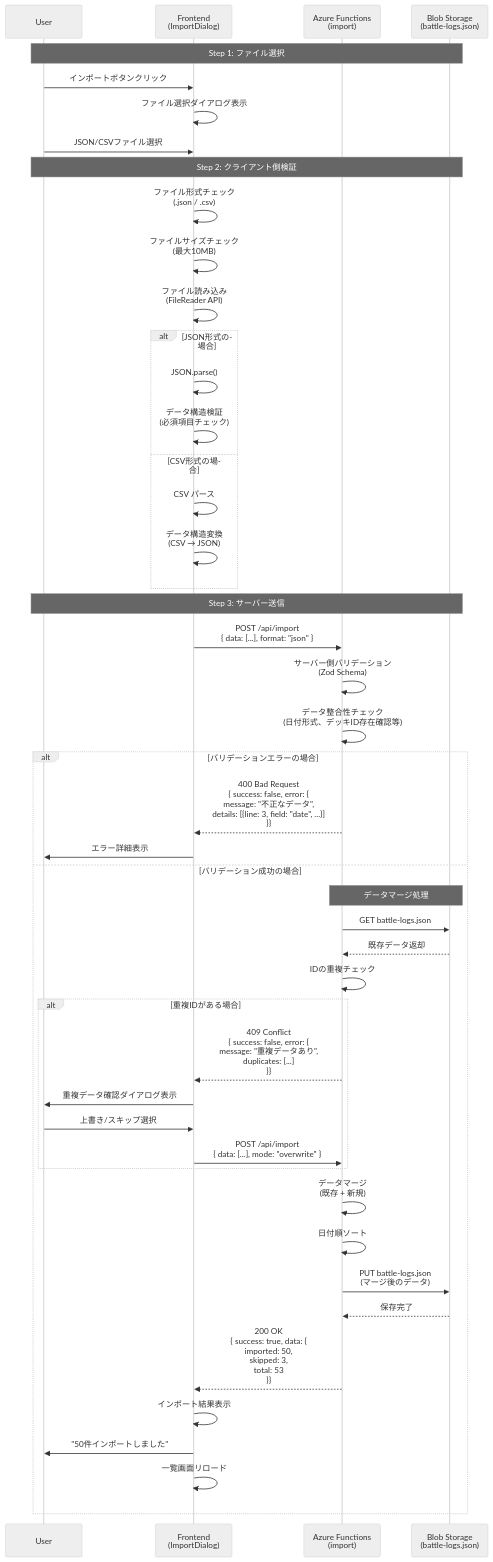
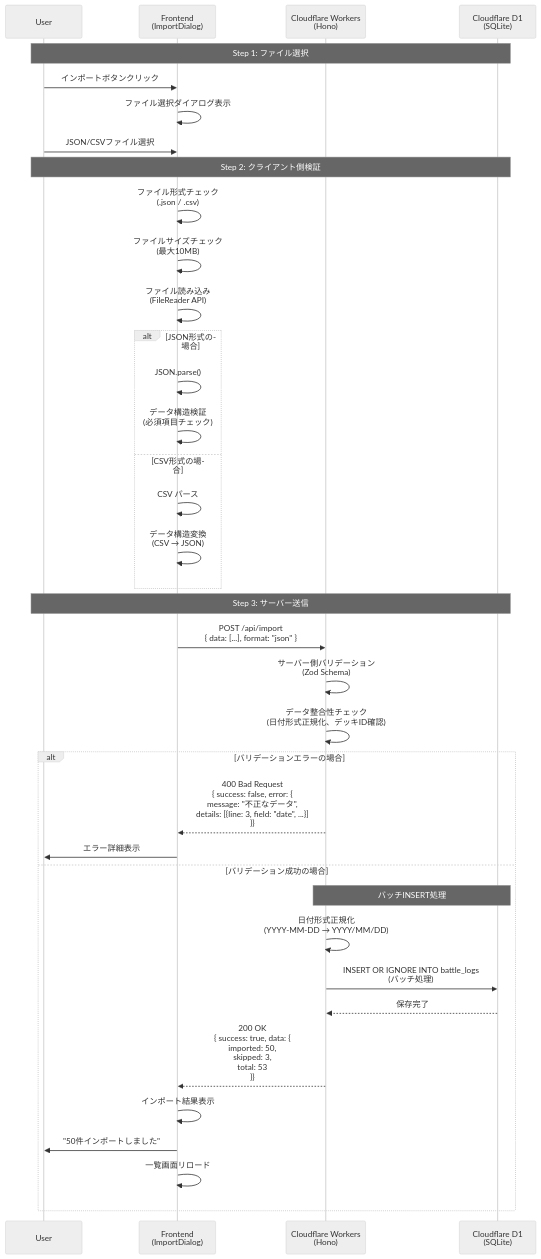
Before and after one commit to yaguma/shadowverse_log: the fifth of 9 diagrams in docs/design/shadowverse-battle-log/dataflow.md, drawn with Mermaid (neutral theme). The commit also changed other lines of this file and 6 other files, not shown here.

````diff
--- a/docs/design/shadowverse-battle-log/dataflow.md
+++ b/docs/design/shadowverse-battle-log/dataflow.md
@@ -198,59 +185,47 @@
 ```mermaid
 sequenceDiagram
     participant U as User
     participant F as Frontend<br/>(ImportDialog)
-    participant AF as Azure Functions<br/>(import)
-    participant BS as Blob Storage<br/>(battle-logs.json)
+    participant CW as Cloudflare Workers<br/>(Hono)
+    participant D1 as Cloudflare D1<br/>(SQLite)
 
-    Note over U,BS: Step 1: ファイル選択
+    Note over U,D1: Step 1: ファイル選択
     U->>F: インポートボタンクリック
     F->>F: ファイル選択ダイアログ表示
     U->>F: JSON/CSVファイル選択
 
-    Note over U,BS: Step 2: クライアント側検証
+    Note over U,D1: Step 2: クライアント側検証
     F->>F: ファイル形式チェック<br/>(.json / .csv)
     F->>F: ファイルサイズチェック<br/>(最大10MB)
     F->>F: ファイル読み込み<br/>(FileReader API)
 
     alt JSON形式の場合
         F->>F: JSON.parse()
         F->>F: データ構造検証<br/>(必須項目チェック)
     else CSV形式の場合
         F->>F: CSV パース
         F->>F: データ構造変換<br/>(CSV → JSON)
     end
 
-    Note over U,BS: Step 3: サーバー送信
-    F->>AF: POST /api/import<br/>{ data: [...], format: "json" }
+    Note over U,D1: Step 3: サーバー送信
+    F->>CW: POST /api/import<br/>{ data: [...], format: "json" }
 
-    AF->>AF: サーバー側バリデーション<br/>(Zod Schema)
-    AF->>AF: データ整合性チェック<br/>(日付形式、デッキID存在確認等)
+    CW->>CW: サーバー側バリデーション<br/>(Zod Schema)
+    CW->>CW: データ整合性チェック<br/>(日付形式正規化、デッキID確認)
 
     alt バリデーションエラーの場合
-        AF-->>F: 400 Bad Request<br/>{ success: false, error: {<br/>  message: "不正なデータ",<br/>  details: [{line: 3, field: "date", ...}]<br/>}}
+        CW-->>F: 400 Bad Request<br/>{ success: false, error: {<br/>  message: "不正なデータ",<br/>  details: [{line: 3, field: "date", ...}]<br/>}}
         F->>U: エラー詳細表示
     else バリデーション成功の場合
-        Note over AF,BS: データマージ処理
-        AF->>BS: GET battle-logs.json
-        BS-->>AF: 既存データ返却
+        Note over CW,D1: バッチINSERT処理
+        CW->>CW: 日付形式正規化<br/>(YYYY-MM-DD → YYYY/MM/DD)
+        CW->>D1: INSERT OR IGNORE INTO battle_logs<br/>(バッチ処理)
+        D1-->>CW: 保存完了
 
-        AF->>AF: IDの重複チェック
-        alt 重複IDがある場合
-            AF-->>F: 409 Conflict<br/>{ success: false, error: {<br/>  message: "重複データあり",<br/>  duplicates: [...]<br/>}}
-            F->>U: 重複データ確認ダイアログ表示
-            U->>F: 上書き/スキップ選択
-            F->>AF: POST /api/import<br/>{ data: [...], mode: "overwrite" }
-        end
-
-        AF->>AF: データマージ<br/>(既存 + 新規)
-        AF->>AF: 日付順ソート
-        AF->>BS: PUT battle-logs.json<br/>(マージ後のデータ)
-        BS-->>AF: 保存完了
-
-        AF-->>F: 200 OK<br/>{ success: true, data: {<br/>  imported: 50,<br/>  skipped: 3,<br/>  total: 53<br/>}}
+        CW-->>F: 200 OK<br/>{ success: true, data: {<br/>  imported: 50,<br/>  skipped: 3,<br/>  total: 53<br/>}}
 
         F->>F: インポート結果表示
         F->>U: "50件インポートしました"
         F->>F: 一覧画面リロード
     end
 ```
````
